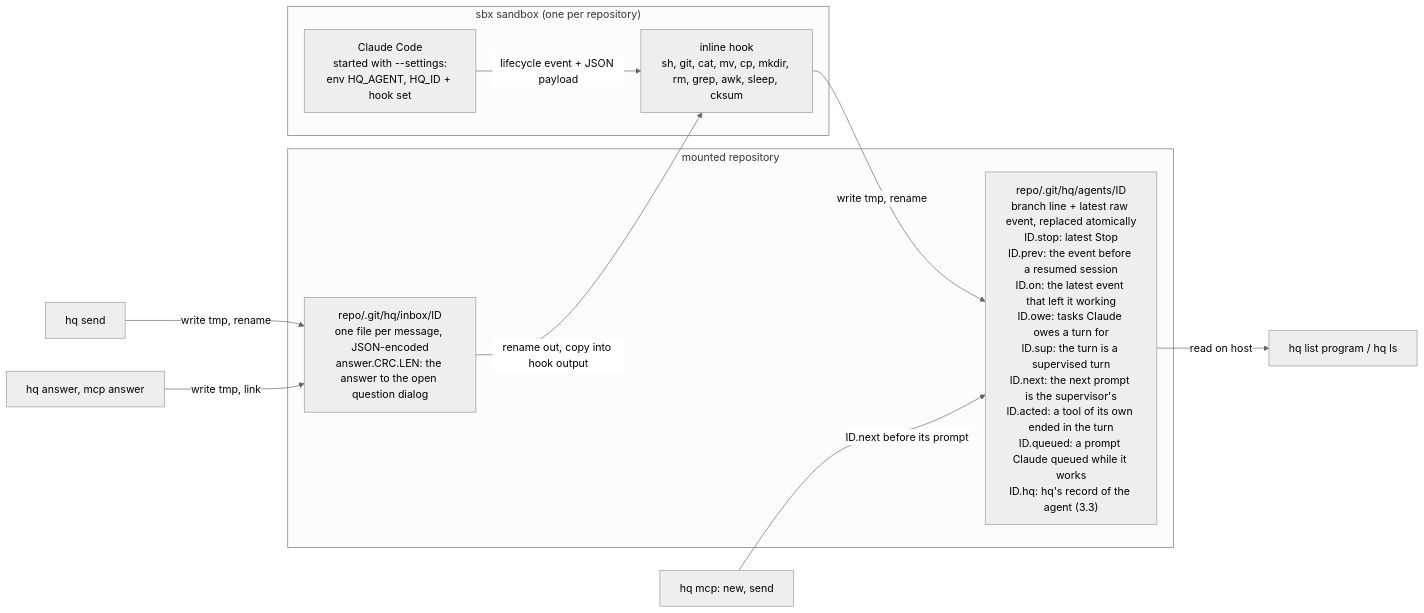
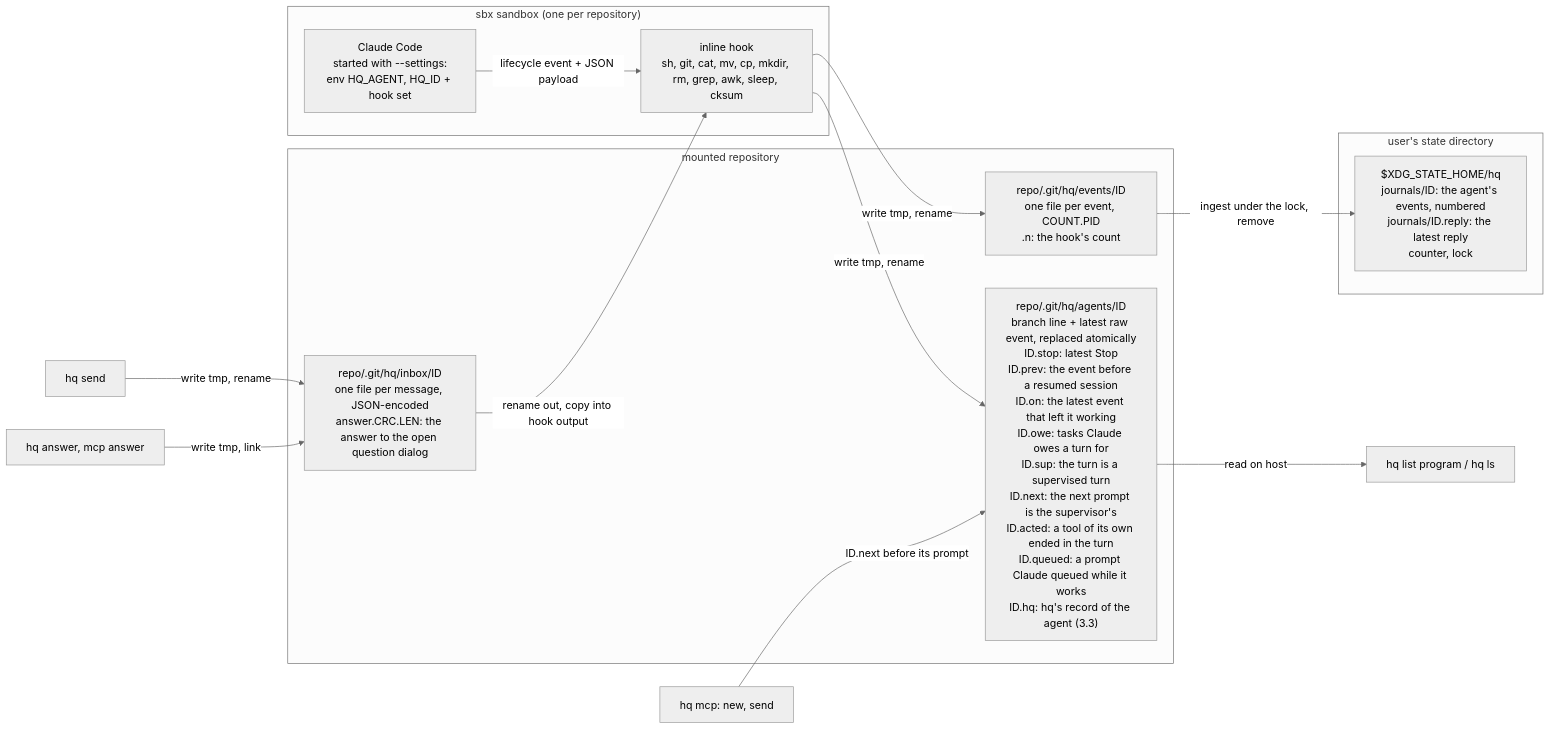
One commit to rkrysinski/hq changed the second of 4 diagrams in docs/design/hq.md. Above: the diagram before and after it, drawn with Mermaid (neutral theme). The commit also changed other lines of this file and 35 other files, not shown here.

First line of the commit message:
Have the hook report events and collect them into numbered journals

````diff
--- a/docs/design/hq.md
+++ b/docs/design/hq.md
@@ -87,18 +87,24 @@
 ```mermaid
 flowchart LR
     subgraph SB["sbx sandbox (one per repository)"]
         C["Claude Code<br/>started with --settings:<br/>env HQ_AGENT, HQ_ID + hook set"]
         K["inline hook<br/>sh, git, cat, mv, cp, mkdir, rm, grep, awk, sleep, cksum"]
         C -- "lifecycle event + JSON payload" --> K
     end
     subgraph RP["mounted repository"]
         F["repo/.git/hq/agents/ID<br/>branch line + latest raw event, replaced atomically<br/>ID.stop: latest Stop<br/>ID.prev: the event before a resumed session<br/>ID.on: the latest event that left it working<br/>ID.owe: tasks Claude owes a turn for<br/>ID.sup: the turn is a supervised turn<br/>ID.next: the next prompt is the supervisor's<br/>ID.acted: a tool of its own ended in the turn<br/>ID.queued: a prompt Claude queued while it works<br/>ID.hq: hq's record of the agent (3.3)"]
         I["repo/.git/hq/inbox/ID<br/>one file per message, JSON-encoded<br/>answer.CRC.LEN: the answer to the open question dialog"]
+        E["repo/.git/hq/events/ID<br/>one file per event, COUNT.PID<br/>.n: the hook's count"]
+    end
+    subgraph ST["user's state directory"]
+        J["$XDG_STATE_HOME/hq<br/>journals/ID: the agent's events, numbered<br/>journals/ID.reply: the latest reply<br/>counter, lock"]
     end
     K -- "write tmp, rename" --> F
+    K -- "write tmp, rename" --> E
+    E -- "ingest under the lock, remove" --> J
     F -- "read on host" --> LP["hq list program / hq ls"]
     SEND["hq send"] -- "write tmp, rename" --> I
     I -- "rename out, copy into hook output" --> K
     MCP["hq mcp: new, send"] -- "ID.next before its prompt" --> F
     ANS["hq answer, mcp answer"] -- "write tmp, link" --> I
 ```
````
